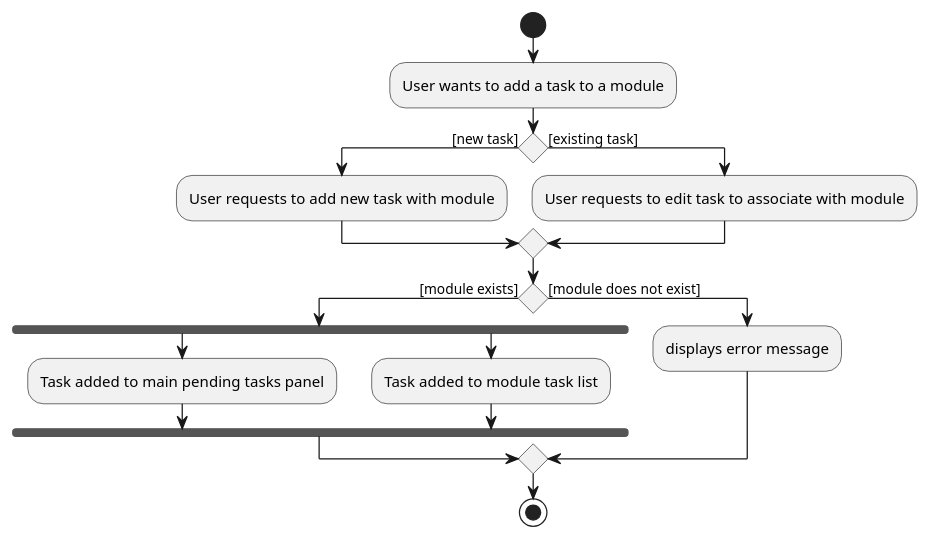
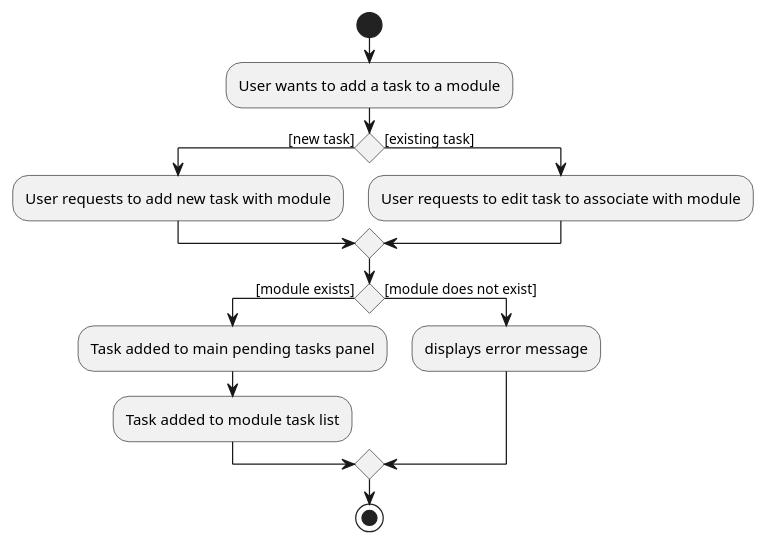
One commit to yingqi0607/tp changed the diagram in docs/diagrams/TaskWithModuleActivityDiagram.puml. Above: the diagram before and after it, drawn with PlantUML.

Commit message:
Remove parallel branch in activity diagram

```diff
--- a/docs/diagrams/TaskWithModuleActivityDiagram.puml
+++ b/docs/diagrams/TaskWithModuleActivityDiagram.puml
@@ -1,21 +1,17 @@
 @startuml
 start
 :User wants to add a task to a module;
 if () then ([new task])
 :User requests to add new task with module;
 else ([existing task])
 :User requests to edit task to associate with module;
 endif
 if () then ([module exists])
-
-    fork
-        :Task added to main pending tasks panel;
-    fork again
-        :Task added to module task list;
-    end fork
+    :Task added to main pending tasks panel;
+    :Task added to module task list;
 else ([module does not exist])
     :displays error message;
 
 endif
 stop
 @enduml
```
